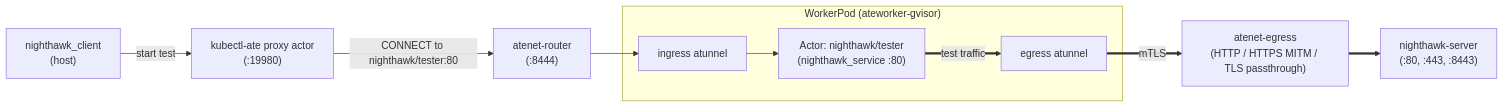
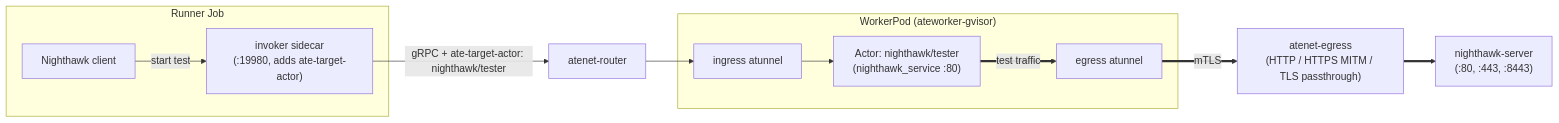
Before and after one commit to agent-substrate/substrate: the diagram in benchmarking/nighthawk-egress/README.md, drawn with Mermaid. The commit also changed other lines of this file, not shown here.

First line of the commit message:
benchmarking/nighthawk-egress: restructure README

````diff
--- a/benchmarking/nighthawk-egress/README.md
+++ b/benchmarking/nighthawk-egress/README.md
@@ -7,23 +7,25 @@
 ```mermaid
 flowchart LR
-    client["nighthawk_client<br/>(host)"]
-    proxy["kubectl-ate proxy actor<br/>(:19980)"]
-    router["atenet-router<br/>(:8444)"]
+    subgraph job["Runner Job"]
+        client["Nighthawk client"]
+        invoker["invoker sidecar<br/>(:19980, adds ate-target-actor)"]
+    end
+    router["atenet-router"]
 
     subgraph worker["WorkerPod (ateworker-gvisor)"]
         atunnel-ingress["ingress atunnel"]
         actor["Actor: nighthawk/tester<br/>(nighthawk_service :80)"]
         atunnel-egress["egress atunnel"]
     end
 
     egress["atenet-egress<br/>(HTTP / HTTPS MITM / TLS passthrough)"]
     server["nighthawk-server<br/>(:80, :443, :8443)"]
 
-    client -->|"start test"| proxy
-    proxy -->|"CONNECT to nighthawk/tester:80"| router
+    client -->|"start test"| invoker
+    invoker -->|"gRPC + ate-target-actor: nighthawk/tester"| router
     router --> atunnel-ingress
     atunnel-ingress --> actor
     actor ==>|"test traffic"| atunnel-egress
     atunnel-egress ==>|"mTLS"| egress
     egress ==> server
 ```
````
